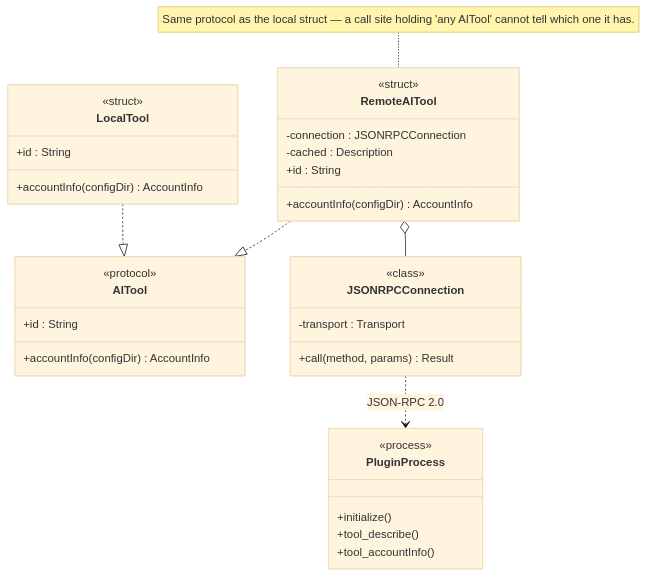
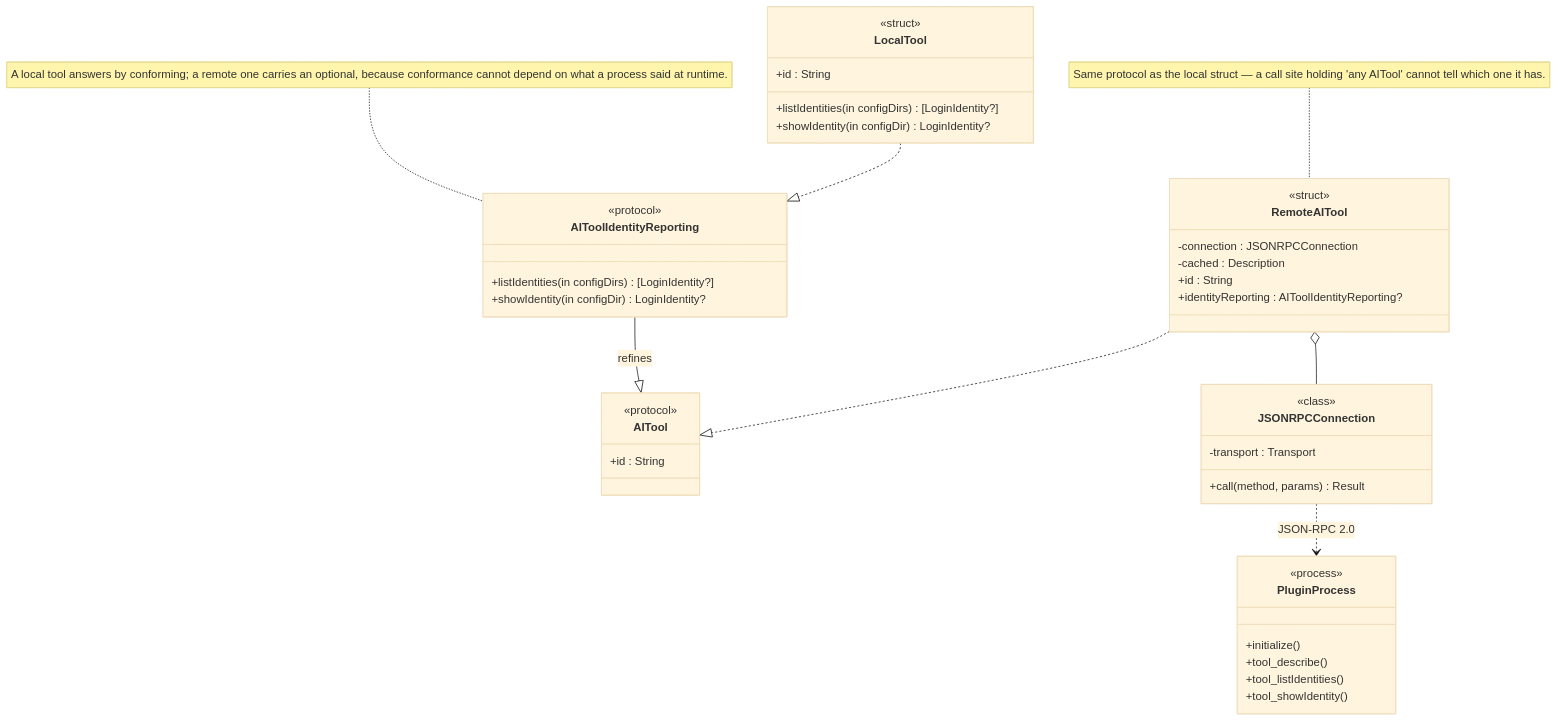
One commit to OffskyLab/Orrery-AIToolKit changed the fifth of 9 diagrams in README.md. Above: the diagram before and after it, drawn with Mermaid (base theme). The commit also changed other lines of this file and 5 other files, not shown here.

````diff
--- a/README.md
+++ b/README.md
@@ -250,44 +270,53 @@
 ```mermaid
 classDiagram
     direction TB
 
     class AITool {
         <<protocol>>
         +id : String
-        +accountInfo(configDir) AccountInfo
+    }
+
+    class AIToolIdentityReporting {
+        <<protocol>>
+        +listIdentities(in configDirs) [LoginIdentity?]
+        +showIdentity(in configDir) LoginIdentity?
     }
 
     class LocalTool {
         <<struct>>
         +id : String
-        +accountInfo(configDir) AccountInfo
+        +listIdentities(in configDirs) [LoginIdentity?]
+        +showIdentity(in configDir) LoginIdentity?
     }
 
     class RemoteAITool {
         <<struct>>
         -connection : JSONRPCConnection
         -cached : Description
         +id : String
-        +accountInfo(configDir) AccountInfo
+        +identityReporting : AIToolIdentityReporting?
     }
 
     class JSONRPCConnection {
         <<class>>
         -transport : Transport
         +call(method, params) Result
     }
 
     class PluginProcess {
         <<process>>
         +initialize()
         +tool_describe()
-        +tool_accountInfo()
+        +tool_listIdentities()
+        +tool_showIdentity()
     }
 
-    LocalTool ..|> AITool
+    AIToolIdentityReporting --|> AITool : refines
+    LocalTool ..|> AIToolIdentityReporting
     RemoteAITool ..|> AITool
     RemoteAITool o-- JSONRPCConnection
     JSONRPCConnection ..> PluginProcess : JSON-RPC 2.0
 
     note for RemoteAITool "Same protocol as the local struct — a call site holding 'any AITool' cannot tell which one it has."
+    note for AIToolIdentityReporting "A local tool answers by conforming; a remote one carries an optional, because conformance cannot depend on what a process said at runtime."
 ```
````
